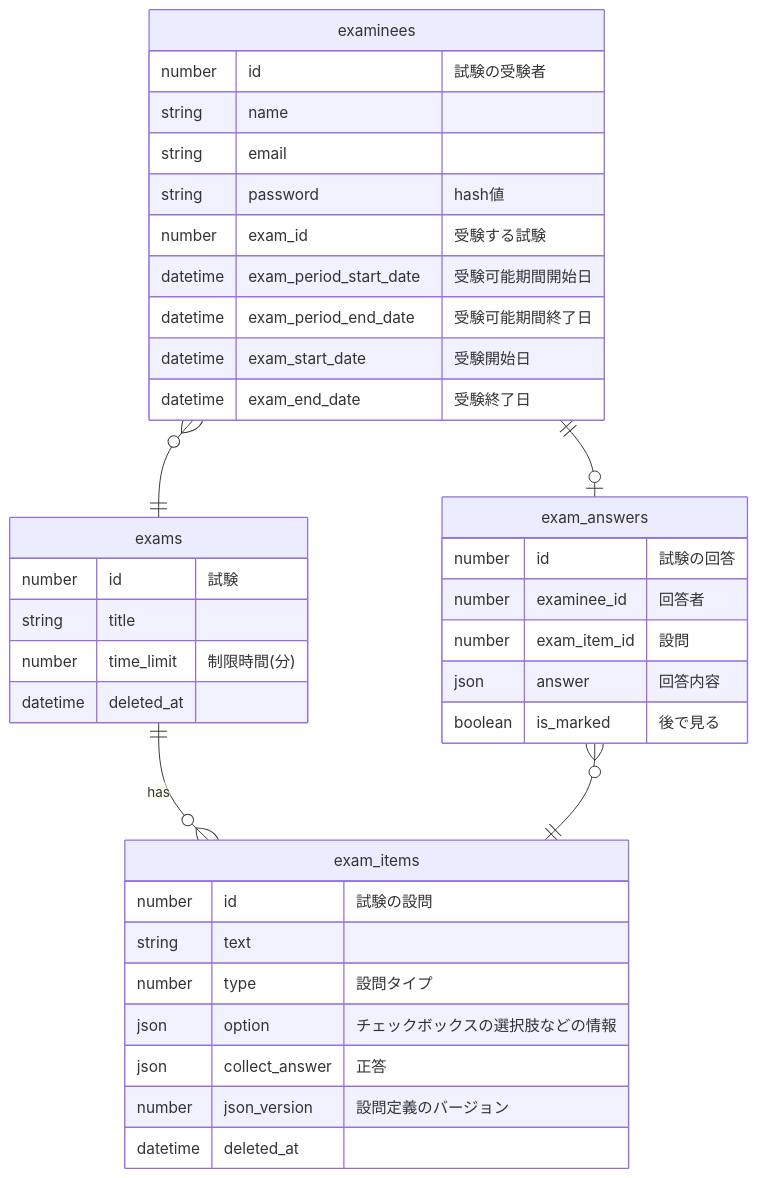
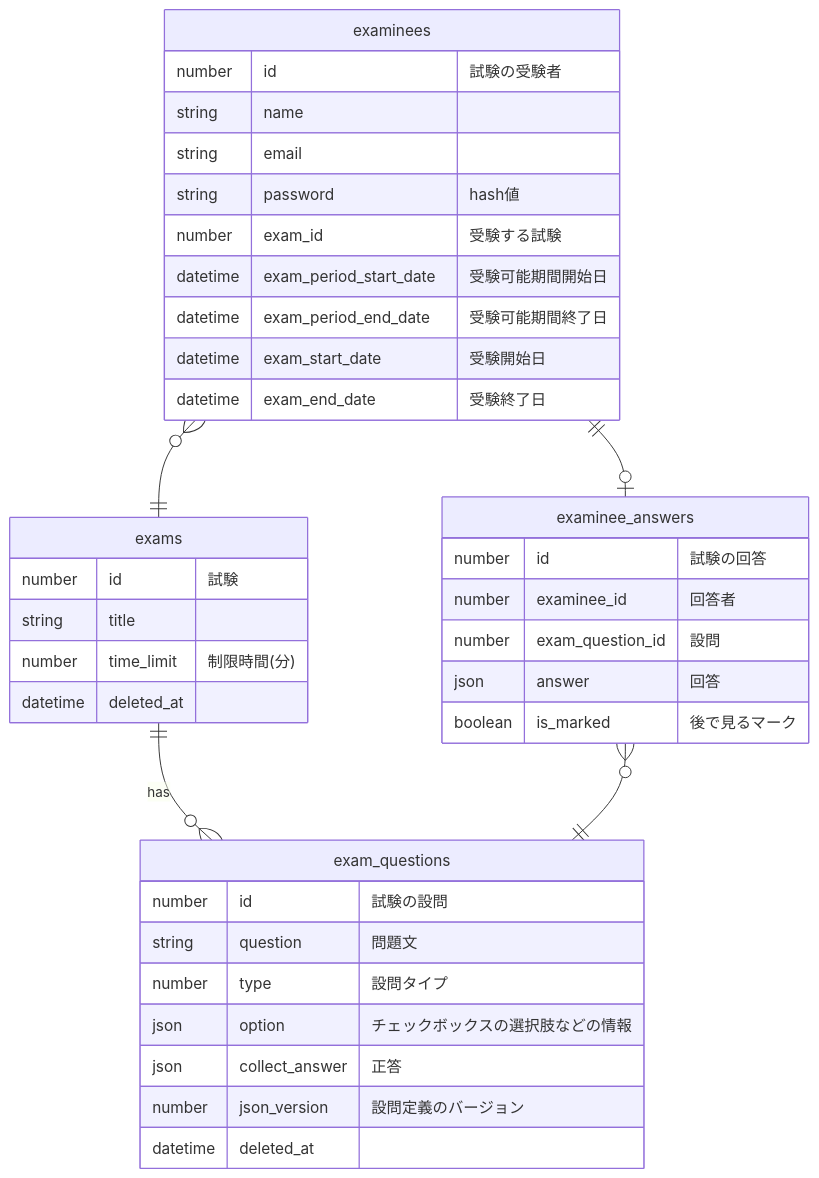
The diagram in doc/ER図.md (Nagisa-Ishikawa/AptitudeQuizMaster), drawn with Mermaid before and after one commit. The commit also changed other lines of this file and 10 other files, not shown here.

````diff
--- a/doc/ER図.md
+++ b/doc/ER図.md
@@ -27,44 +27,43 @@
 ```mermaid
 erDiagram
 	examinees {
 		number id "試験の受験者"
 		string name
 		string email
 		string password "hash値"
 		number exam_id "受験する試験"
 		datetime exam_period_start_date "受験可能期間開始日"
 		datetime exam_period_end_date　"受験可能期間終了日"
 		datetime exam_start_date "受験開始日"
 		datetime exam_end_date "受験終了日"
 	}
+	examinee_answers {
+		number id "試験の回答"
+		number examinee_id "回答者"
+		number exam_question_id "設問"
+		json answer "回答"
+		boolean is_marked "後で見るマーク"
+	}
 	exams {
 		number id "試験"
 		string title
 		number time_limit "制限時間(分)"
 		datetime deleted_at
 	}
-	exam_items {
+	exam_questions {
 		number id "試験の設問"
-		string text
+		string question "問題文"
 		number type "設問タイプ"
 		json option "チェックボックスの選択肢などの情報"
 		json collect_answer "正答"
 		number json_version "設問定義のバージョン"
 		datetime deleted_at
 	}
-	exam_answers {
-		number id "試験の回答"
-		number examinee_id "回答者"
-		number exam_item_id "設問"
-		json answer "回答内容"
-		boolean is_marked "後で見る"
-	}
-	
 
 	examinees }o--|| exams : ""
-	examinees ||--o| exam_answers: ""
-	exams ||--o{ exam_items : "has"
-	exam_answers }o--|| exam_items : ""
+	examinees ||--o| examinee_answers: ""
+	exams ||--o{ exam_questions : "has"
+	examinee_answers }o--|| exam_questions : ""
 	
 
 ```
````
